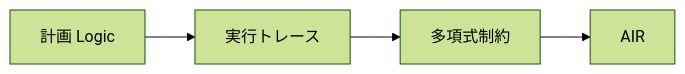
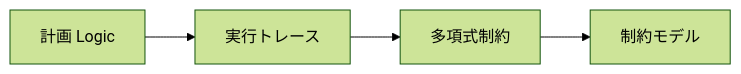
One commit to ShigeichiroYamasaki/creator-first-platform changed diagram 12 of 43 in docs/whitepaper/09-technology.md. Above: the diagram before and after it, drawn with Mermaid (forest theme). The commit also changed other lines of this file and 42 other files, not shown here.

Commit message:
Design production service architecture

````diff
--- a/docs/whitepaper/09-technology.md
+++ b/docs/whitepaper/09-technology.md
@@ -552,11 +546,11 @@
 ```mermaid
 flowchart LR
     PROGRAM[計画 Logic]
     TRACE[実行トレース]
     CONSTRAINT[多項式制約]
-    AIR[AIR]
+    MODEL[制約モデル]
 
     PROGRAM --> TRACE
     TRACE --> CONSTRAINT
-    CONSTRAINT --> AIR
+    CONSTRAINT --> MODEL
 ```
````
